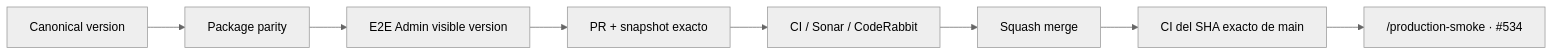
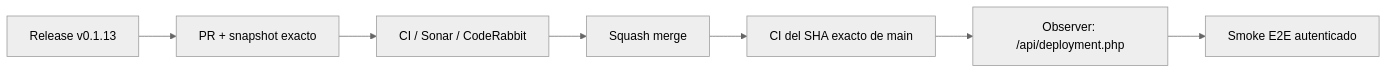
One commit to pl0n3r/brvtal changed the diagram in README.md. Above: the diagram before and after it, drawn with Mermaid (neutral theme). The commit also changed other lines of this file and 4 other files, not shown here.

````diff
--- a/README.md
+++ b/README.md
@@ -48,10 +48,9 @@
 ```mermaid
 flowchart LR
- A["Canonical version"] --> P["Package parity"]
- P --> E["E2E Admin visible version"]
- E --> G["PR + snapshot exacto"]
- G --> Q["CI / Sonar / CodeRabbit"]
+ A["Release v0.1.13"] --> P["PR + snapshot exacto"]
+ P --> Q["CI / Sonar / CodeRabbit"]
  Q --> M["Squash merge"]
  M --> X["CI del SHA exacto de main"]
- X --> S["/production-smoke · #534"]
+ X --> O["Observer: /api/deployment.php"]
+ O --> S["Smoke E2E autenticado"]
 ```
````
